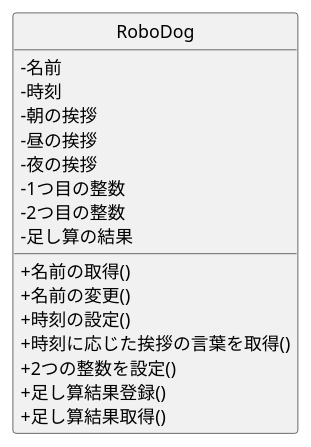
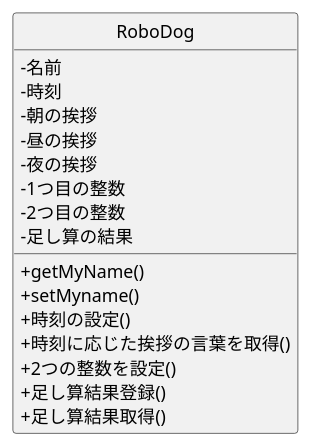
The diagram in 06_robo_dog/class.pu (YoshinagaSho/ohara_uml), drawn with PlantUML before and after one commit. The commit also changed 2 other files, not shown here.

```diff
--- a/06_robo_dog/class.pu
+++ b/06_robo_dog/class.pu
@@ -1,24 +1,24 @@
 @startuml Robodogクラス図
 skinparam classAttributeIconSize 0
 hide circle
 
 class RoboDog {
  -名前
  -時刻
  -朝の挨拶
  -昼の挨拶
  -夜の挨拶
  -1つ目の整数
  -2つ目の整数
  -足し算の結果
 
- +名前の取得()
- +名前の変更()
+ +getMyName()
+ +setMyname()
  +時刻の設定()
  +時刻に応じた挨拶の言葉を取得()
  +2つの整数を設定()
  +足し算結果登録()
  +足し算結果取得()
 }
 
 @enduml
```
